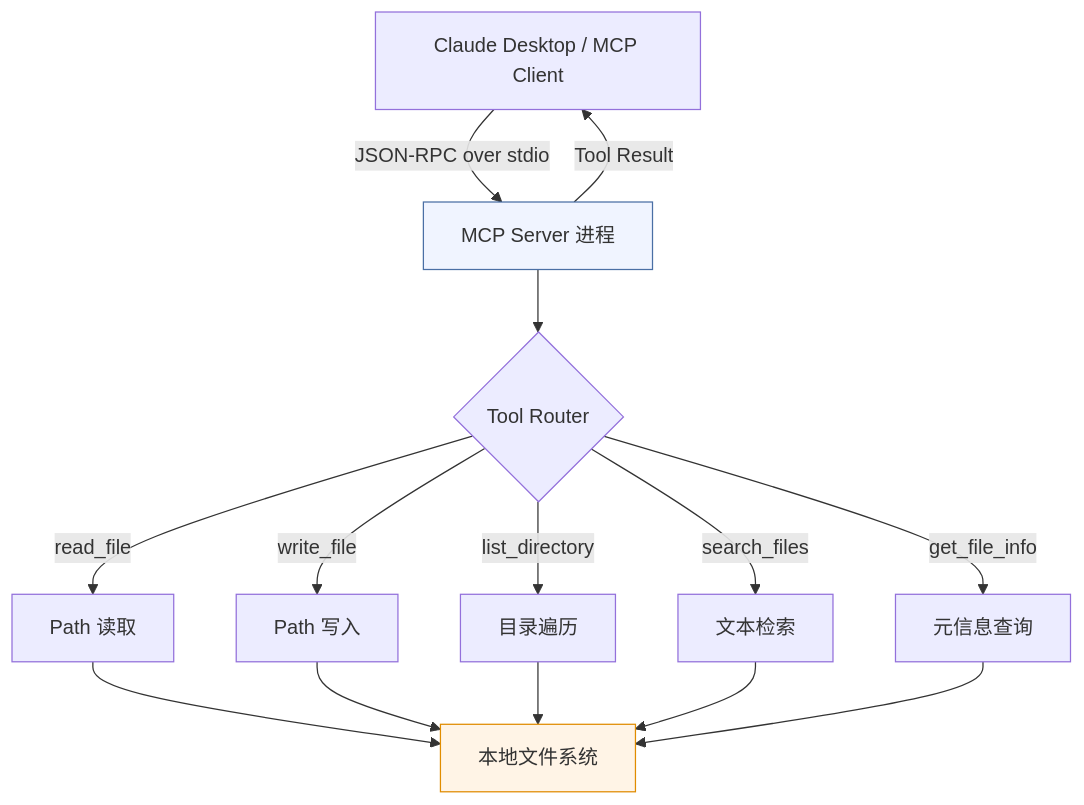
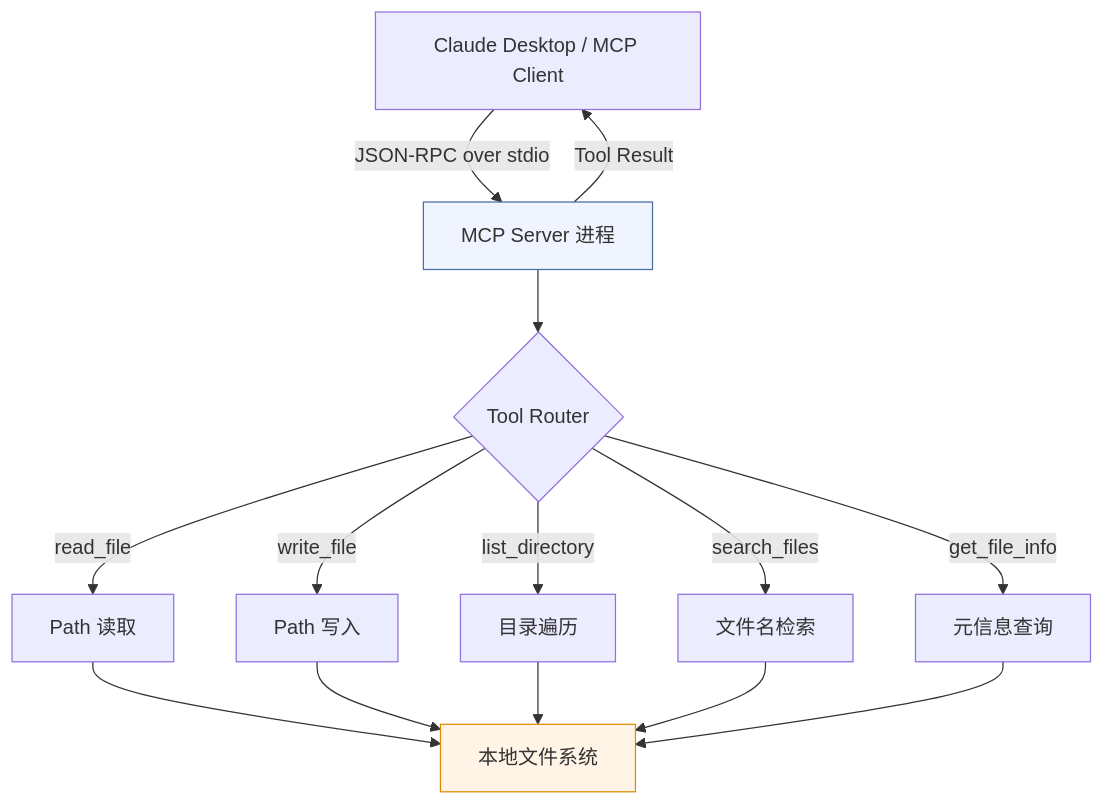
One commit to swf2020/AI-Agent-in-Practice changed the diagram in docs/AI Agent 与大模型应用开发实战手册/第三章 Function Calling MCP 与工具使用/3.2.1 【动手一】文件系统操作 MCP Server.md. Above: the diagram before and after it, drawn with Mermaid. The commit also changed other lines of this file and 40 other files, not shown here.

````diff
--- a/docs/AI Agent 与大模型应用开发实战手册/第三章 Function Calling MCP 与工具使用/3.2.1 【动手一】文件系统操作 MCP Server.md
+++ b/docs/AI Agent 与大模型应用开发实战手册/第三章 Function Calling MCP 与工具使用/3.2.1 【动手一】文件系统操作 MCP Server.md
@@ -17,15 +17,15 @@
 ```mermaid
 graph TD
     A[Claude Desktop / MCP Client] -->|JSON-RPC over stdio| B[MCP Server 进程]
     B --> C{Tool Router}
     C -->|read_file| D[Path 读取]
     C -->|write_file| E[Path 写入]
     C -->|list_directory| F[目录遍历]
-    C -->|search_files| G[文本检索]
+    C -->|search_files| G[文件名检索]
     C -->|get_file_info| H[元信息查询]
     D & E & F & G & H --> I[本地文件系统]
     B -->|Tool Result| A
 
     style B fill:#f0f4ff,stroke:#4a6fa5
     style I fill:#fff4e6,stroke:#e08c00
 ```
````
